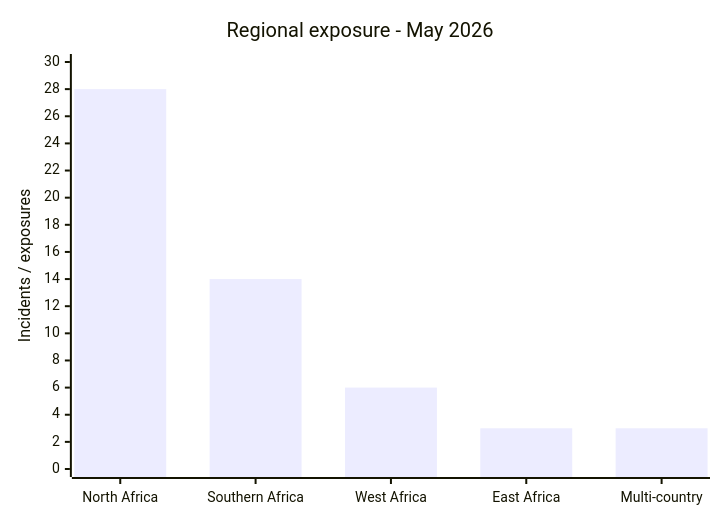
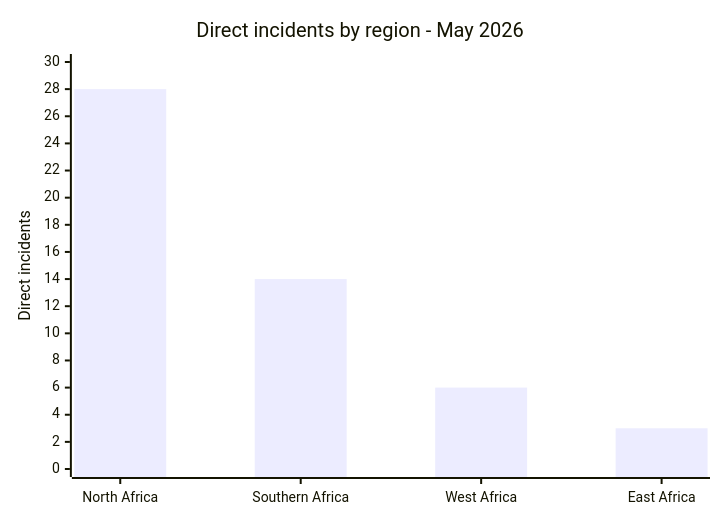
One commit to Hatchepsoute/AFRINTEL changed the fifth of 7 diagrams in statistics/2026/05-may/README.md. Above: the diagram before and after it, drawn with Mermaid. The commit also changed other lines of this file and 3 other files, not shown here.

First line of the commit message:
docs: replace multi-country labels with explicit country listings in May 2026

````diff
--- a/statistics/2026/05-may/README.md
+++ b/statistics/2026/05-may/README.md
@@ -133,7 +174,7 @@
 ```mermaid
 xychart-beta
-    title "Regional exposure - May 2026"
-    x-axis ["North Africa","Southern Africa","West Africa","East Africa","Multi-country"]
-    y-axis "Incidents / exposures" 0 --> 30
-    bar [28,14,6,3,3]
+    title "Direct incidents by region - May 2026"
+    x-axis ["North Africa","Southern Africa","West Africa","East Africa"]
+    y-axis "Direct incidents" 0 --> 30
+    bar [28,14,6,3]
 ```
````
